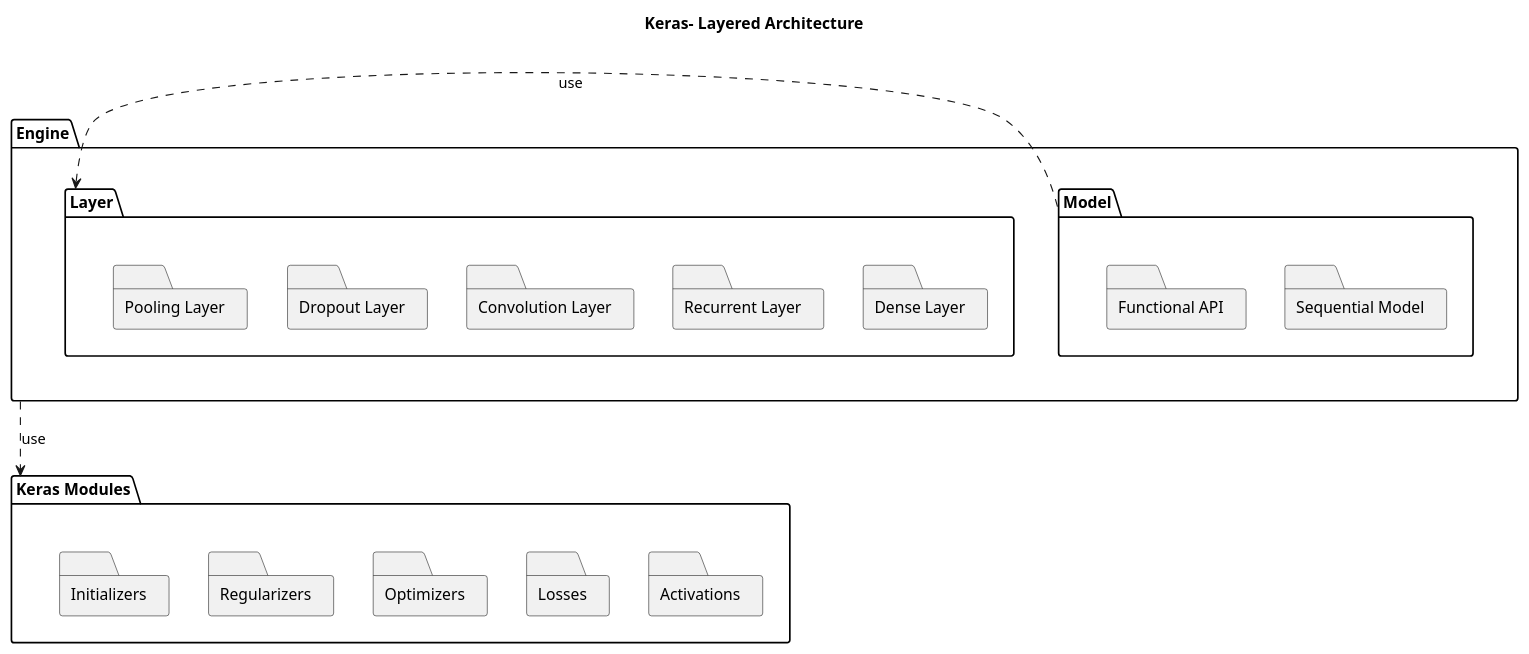
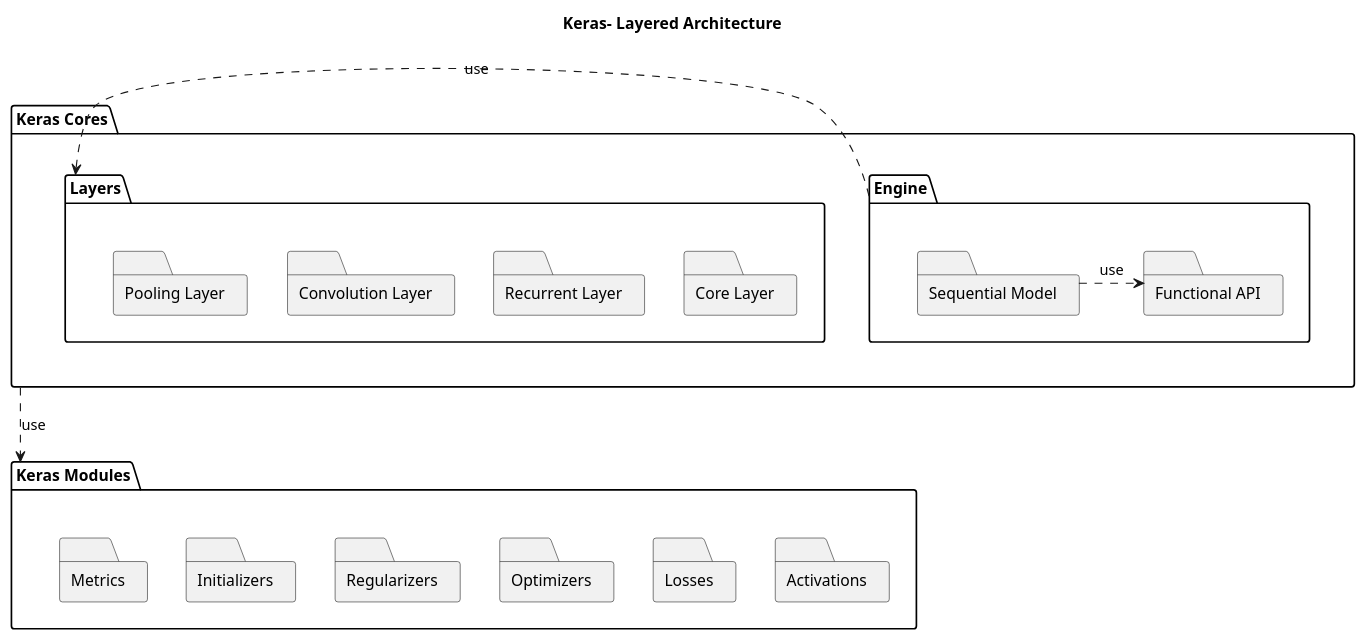
Before and after one commit to pholpaphankorn/keras_softarch_assignment: the diagram in uml_diagram/src/keras_architectural_style.puml, drawn with PlantUML. The commit also changed 2 other files, not shown here.

Commit message:
add new arch diagram

```diff
--- a/uml_diagram/src/keras_architectural_style.puml
+++ b/uml_diagram/src/keras_architectural_style.puml
@@ -1,50 +1,51 @@
 @startuml
 title Keras- Layered Architecture
+package "Keras Cores"{
 package Engine{
-package Model{
     package "Sequential Model" <<Folder>>{
 
     }
     package "Functional API" <<Folder>>{
         
     }
 }
-package Layer{
-    package "Dense Layer" <<Folder>>{
+package Layers{
+    package "Core Layer" <<Folder>>{
 
     }
     package "Recurrent Layer" <<Folder>>{
 
     }
     package "Convolution Layer" <<Folder>>{
-
-    } 
-    package "Dropout Layer" <<Folder>>{
 
     } 
     package "Pooling Layer" <<Folder>>{
 
     } 
 }
 }
 package "Keras Modules" {
     package Activations <<Folder>>{
 
     }
     package Losses <<Folder>>{
 
     }
     package Optimizers <<Folder>>{
 
     }
     package Regularizers <<Folder>>{
 
     }
     package Initializers <<Folder>>{
 
     }
+    package Metrics <<Folder>>{
+
+    }
 }
-Layer <.right. Model: use
-Engine .down.> "Keras Modules": use
+Layers <.right. Engine: use
+"Keras Cores" .down.> "Keras Modules": use
+"Sequential Model" .right.> "Functional API" :use
 
 @enduml
```
